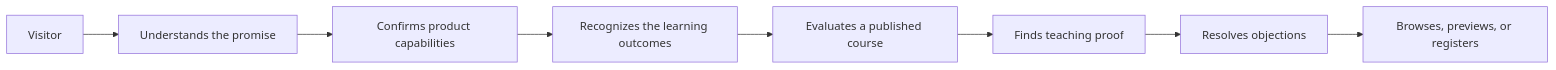
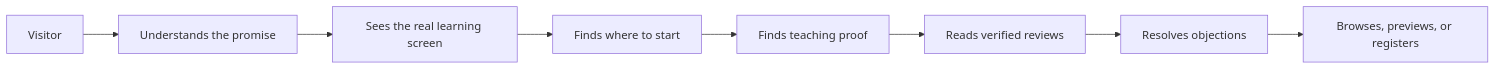
The diagram in docs/glossary/home-conversion-domain.md (ohmiler/milerdev), drawn with Mermaid before and after one commit. The commit also changed other lines of this file and 23 other files, not shown here.

First line of the commit message:
feat(home): show the real product, a learning path, and verified reviews (#217)

````diff
--- a/docs/glossary/home-conversion-domain.md
+++ b/docs/glossary/home-conversion-domain.md
@@ -9,10 +9,10 @@
 ```mermaid
 flowchart LR
     Visitor[Visitor] --> Promise[Understands the promise]
-    Promise --> Confidence[Confirms product capabilities]
-    Confidence --> Outcome[Recognizes the learning outcomes]
-    Outcome --> Product[Evaluates a published course]
-    Product --> Authority[Finds teaching proof]
-    Authority --> Objections[Resolves objections]
+    Promise --> Workspace[Sees the real learning screen]
+    Workspace --> Path[Finds where to start]
+    Path --> Authority[Finds teaching proof]
+    Authority --> Learners[Reads verified reviews]
+    Learners --> Objections[Resolves objections]
     Objections --> Action[Browses, previews, or registers]
 ```
````
